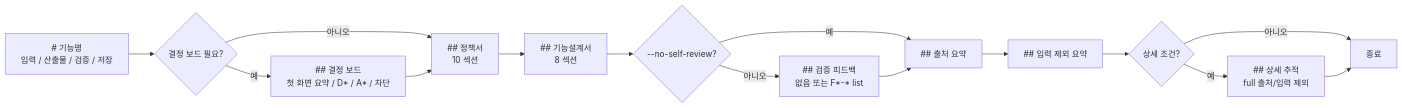
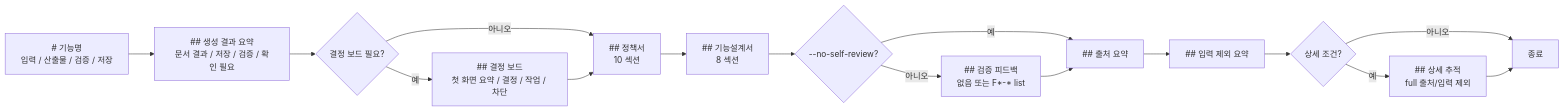
Before and after one commit to inkwonjung-colosseum/plugins: the ninth of 11 diagrams in planning-kit/docs/planning-format-workflow.md, drawn with Mermaid. The commit also changed other lines of this file and 19 other files, not shown here.

````diff
--- a/planning-kit/docs/planning-format-workflow.md
+++ b/planning-kit/docs/planning-format-workflow.md
@@ -247,18 +248,19 @@
 ```mermaid
 flowchart LR
   H["# 기능명<br/>입력 / 산출물 / 검증 / 저장"]
-  H --> DB{결정 보드 필요?}
-  DB -->|예| BOARD["## 결정 보드<br/>첫 화면 요약 / D* / A* / 차단"]
+  H --> RS["## 생성 결과 요약<br/>문서 결과 / 저장 / 검증 / 확인 필요"]
+  RS --> DB{결정 보드 필요?}
+  DB -->|예| BOARD["## 결정 보드<br/>첫 화면 요약 / 결정 / 작업 / 차단"]
   DB -->|아니오| P[## 정책서<br/>10 섹션]
   BOARD --> P
   P --> F[## 기능설계서<br/>8 섹션]
   F --> FB{--no-self-review?}
   FB -->|아니오| FBB["## 검증 피드백<br/>없음 또는 F*-* list"]
   FB -->|예| SRC
   FBB --> SRC["## 출처 요약"]
   SRC --> EXB["## 입력 제외 요약"]
   EXB --> TR{상세 조건?}
   TR -->|예| TRB["## 상세 추적<br/>full 출처/입력 제외"]
   TR -->|아니오| END[종료]
   TRB --> END
 ```
````
